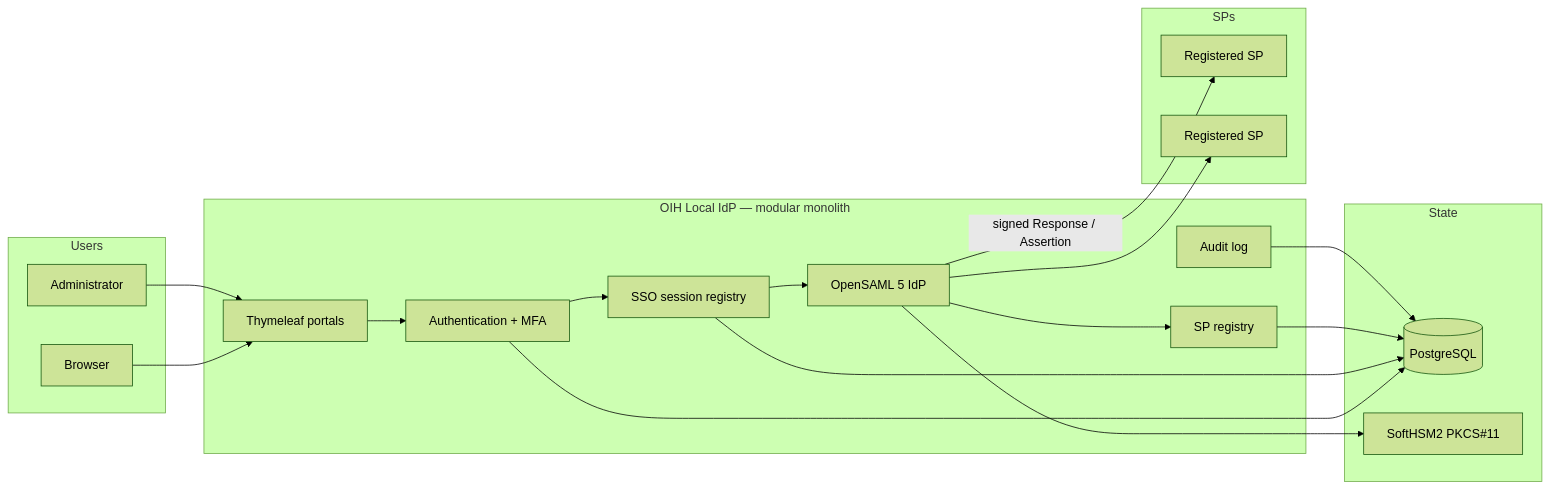
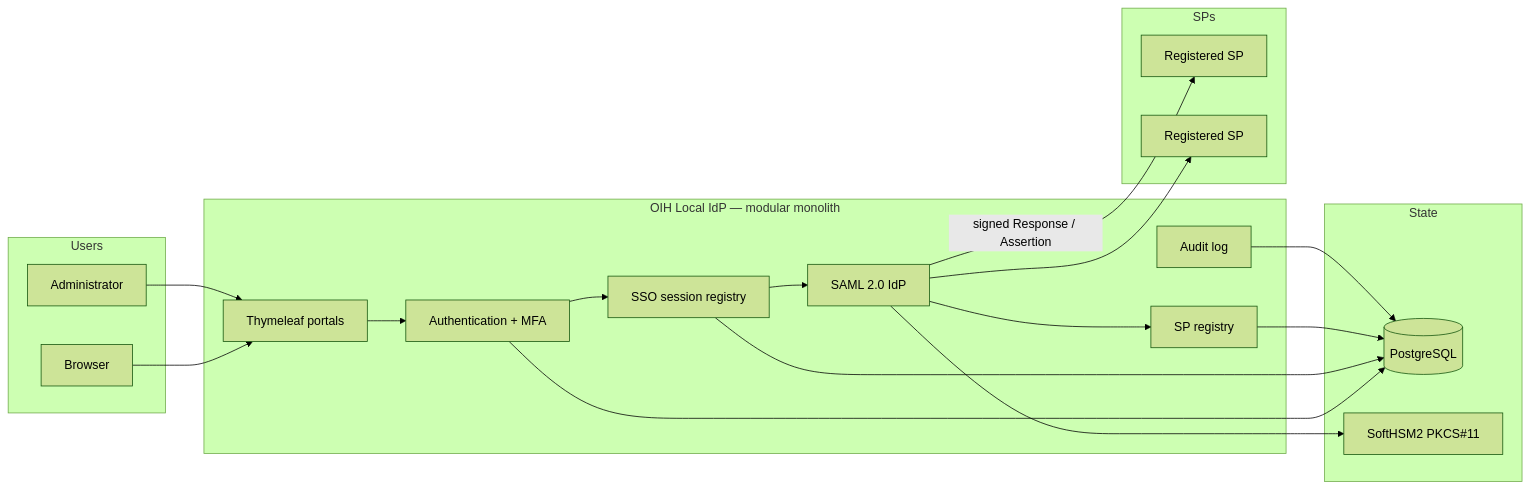
Before and after one commit to sudheepnbr/Saj-n_Projects: the diagram in saml-mfa-idp/README.md, drawn with Mermaid (forest theme). The commit also changed other lines of this file and 90 other files, not shown here.

````diff
--- a/saml-mfa-idp/README.md
+++ b/saml-mfa-idp/README.md
@@ -75,40 +74,40 @@
 ```mermaid
 flowchart LR
   subgraph Users
     U[Browser]
     A[Administrator]
   end
 
   subgraph IdP["OIH Local IdP — modular monolith"]
     WEB[Thymeleaf portals]
     AUTH[Authentication + MFA]
     SESS[SSO session registry]
-    SAML[OpenSAML 5 IdP]
+    SAML[SAML 2.0 IdP]
     SPR[SP registry]
     AUD[Audit log]
   end
 
   subgraph State
     PG[(PostgreSQL)]
     HSM[SoftHSM2 PKCS#11]
   end
 
   subgraph SPs
     SP1[Registered SP]
     SP2[Registered SP]
   end
 
   U --> WEB
   A --> WEB
   WEB --> AUTH
   AUTH --> SESS
   SESS --> SAML
   SAML --> SPR
   AUTH --> PG
   SESS --> PG
   SPR --> PG
   AUD --> PG
   SAML --> HSM
   SAML -->|"signed Response / Assertion"| SP1
   SAML --> SP2
 ```
````
